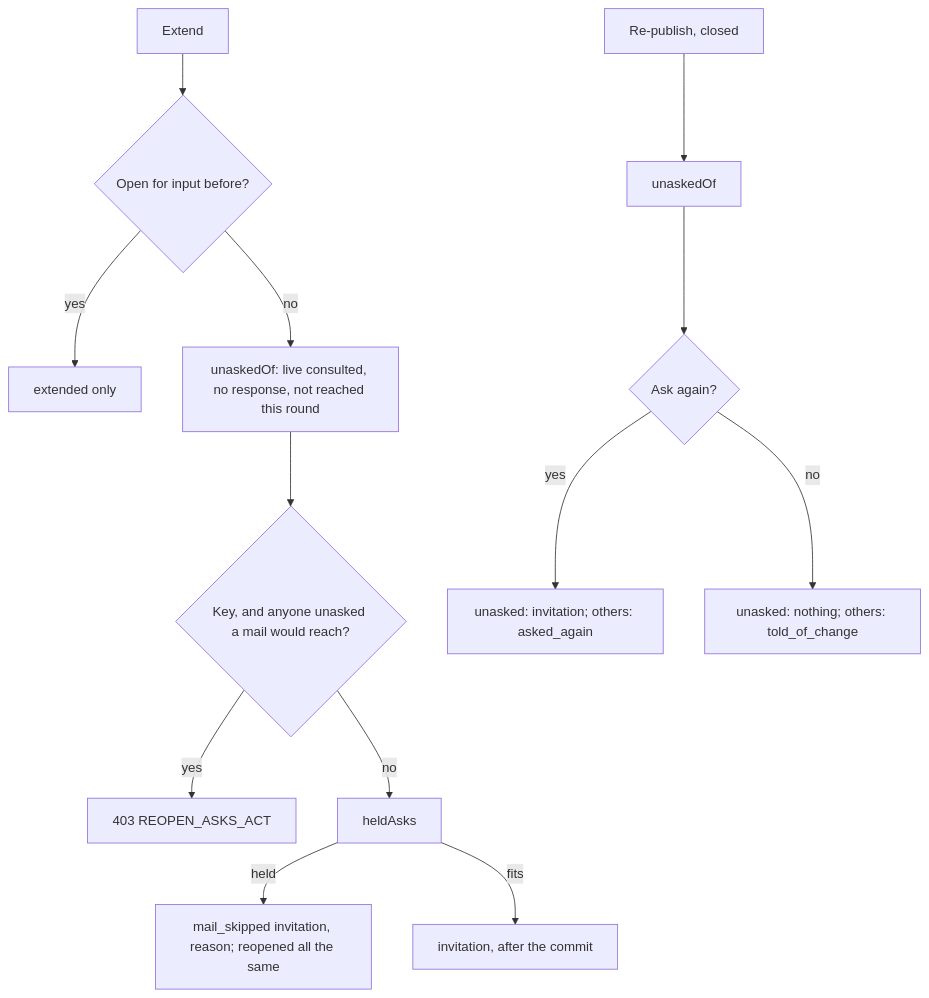
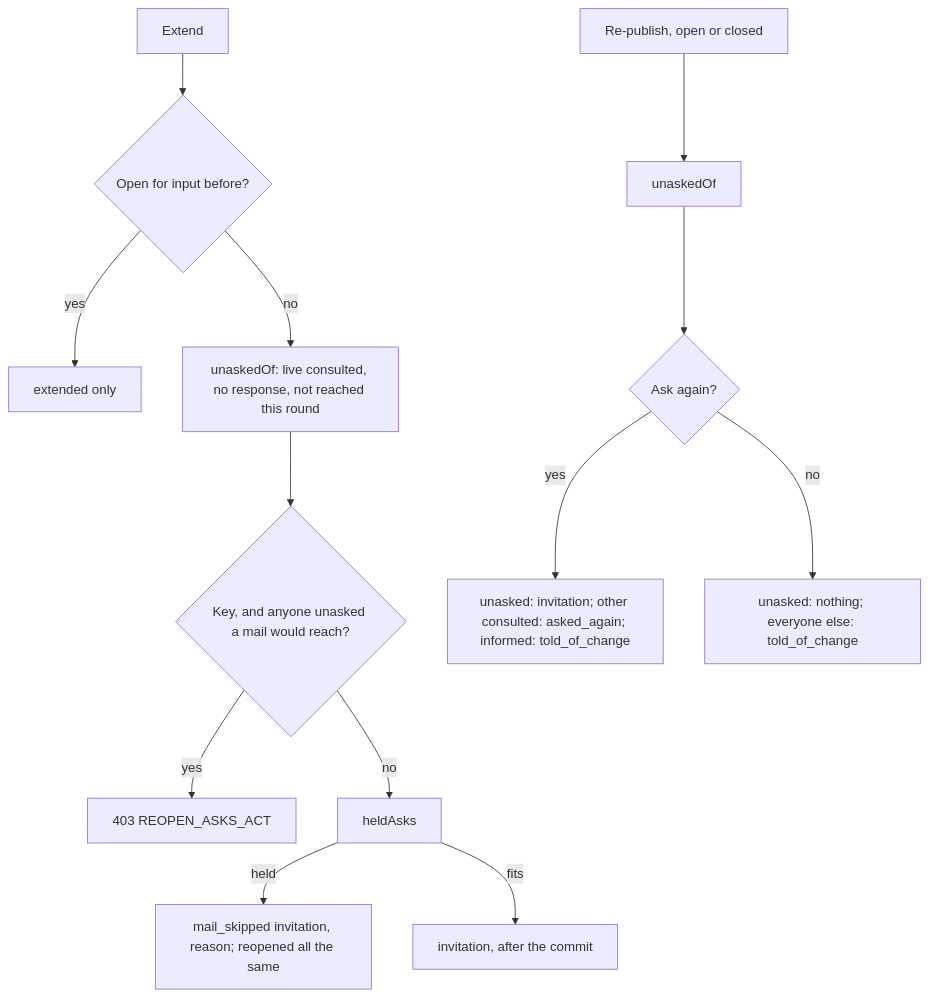
One commit to gitBoon/DumpFire changed diagram 13 of 39 in docs/notifications-email.md. Above: the diagram before and after it, drawn with Mermaid. The commit also changed other lines of this file and 9 other files, not shown here.

````diff
--- a/docs/notifications-email.md
+++ b/docs/notifications-email.md
@@ -944,15 +960,15 @@
 ```mermaid
 flowchart TD
     E[Extend] --> W{Open for input before?}
     W -- yes --> N0[extended only]
     W -- no --> U[unaskedOf: live consulted, no response, not reached this round]
     U --> K{Key, and anyone unasked a mail would reach?}
     K -- yes --> F[403 REOPEN_ASKS_ACT]
     K -- no --> H[heldAsks]
     H -- held --> S[mail_skipped invitation, reason; reopened all the same]
     H -- fits --> I2[invitation, after the commit]
-    P[Re-publish, closed] --> U2[unaskedOf]
+    P[Re-publish, open or closed] --> U2[unaskedOf]
     U2 --> A{Ask again?}
-    A -- yes --> PI[unasked: invitation; others: asked_again]
-    A -- no --> PT[unasked: nothing; others: told_of_change]
+    A -- yes --> PI[unasked: invitation; other consulted: asked_again; informed: told_of_change]
+    A -- no --> PT[unasked: nothing; everyone else: told_of_change]
 ```
````
